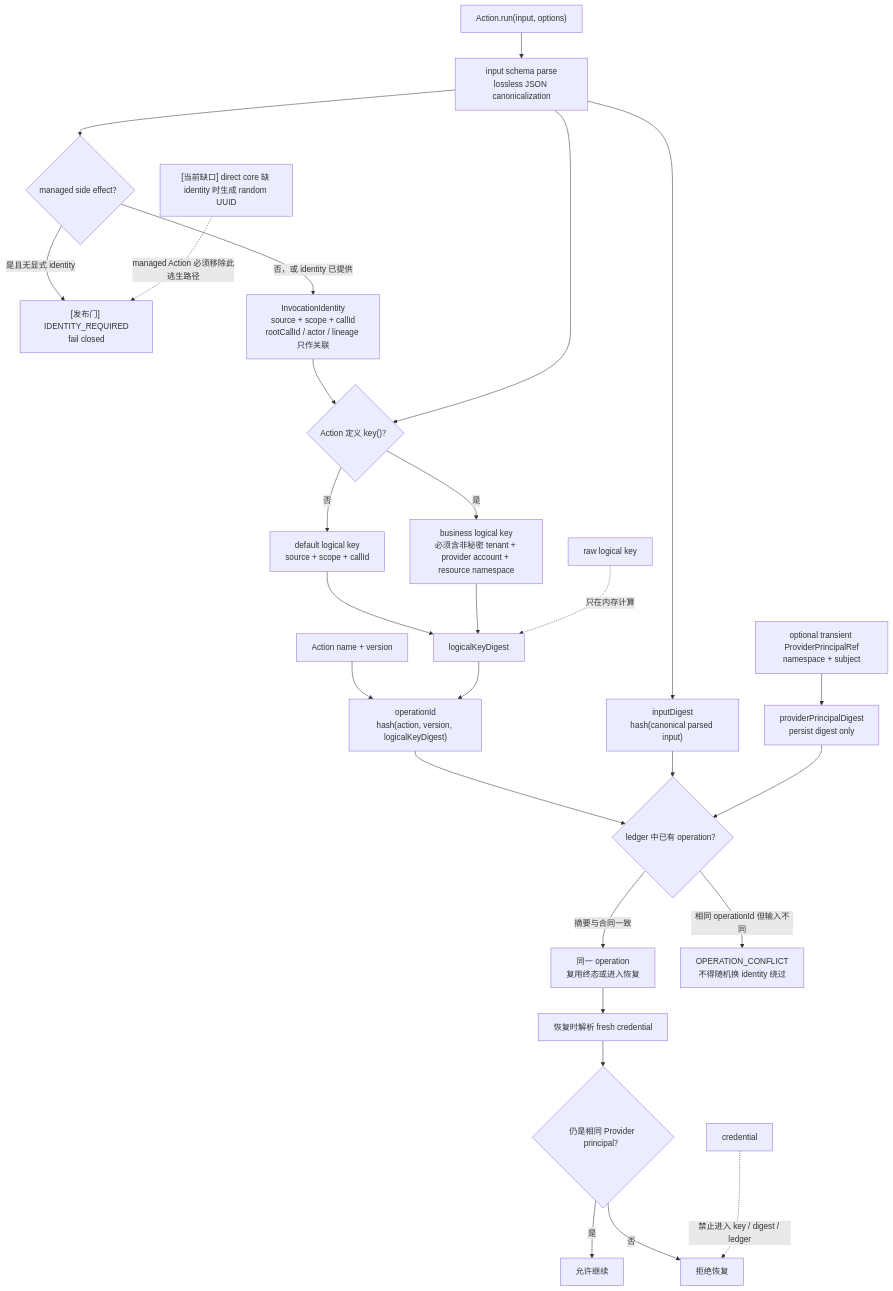
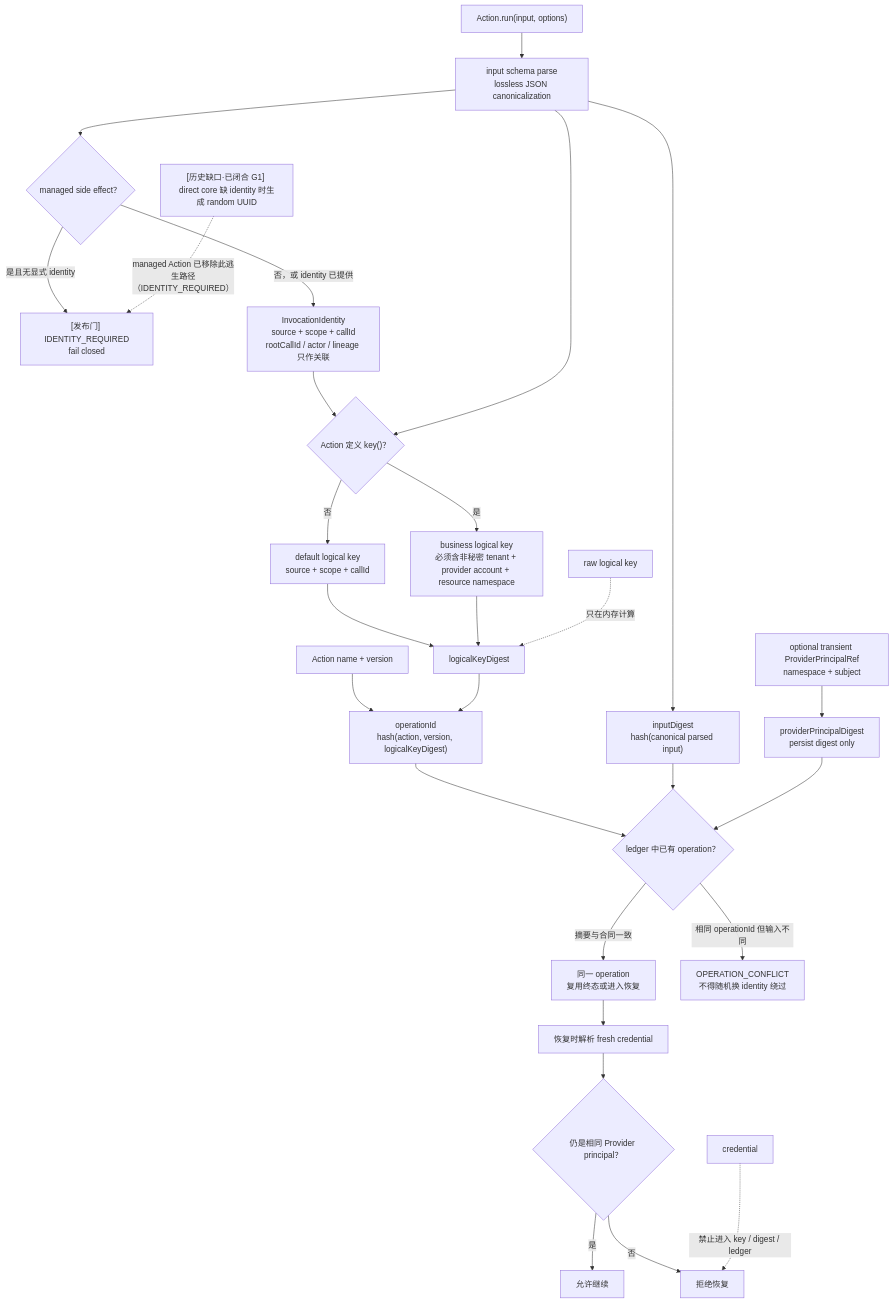
Before and after one commit to orangeofcarl0-sys/ordarium: diagram 12 of 41 in docs/16-ordarium-mermaid-architecture-atlas.md, drawn with Mermaid. The commit also changed other lines of this file and 15 other files, not shown here.

````diff
--- a/docs/16-ordarium-mermaid-architecture-atlas.md
+++ b/docs/16-ordarium-mermaid-architecture-atlas.md
@@ -541,33 +541,33 @@
 ```mermaid
 flowchart TD
     ENTRY["Action.run(input, options)"] --> PARSE["input schema parse<br/>lossless JSON canonicalization"]
     PARSE --> MANAGED{"managed side effect？"}
     MANAGED -->|"是且无显式 identity"| REQUIRED["[发布门] IDENTITY_REQUIRED<br/>fail closed"]
     MANAGED -->|"否，或 identity 已提供"| ID["InvocationIdentity<br/>source + scope + callId<br/>rootCallId / actor / lineage 只作关联"]
 
     ID --> CUSTOM{"Action 定义 key()？"}
     PARSE --> CUSTOM
     CUSTOM -->|"否"| DEFAULT["default logical key<br/>source + scope + callId"]
     CUSTOM -->|"是"| BUSINESS["business logical key<br/>必须含非秘密 tenant + provider account + resource namespace"]
     DEFAULT --> KEYDIGEST["logicalKeyDigest"]
     BUSINESS --> KEYDIGEST
 
     ACTION["Action name + version"] --> OPID["operationId<br/>hash(action, version, logicalKeyDigest)"]
     KEYDIGEST --> OPID
     PARSE --> INPUTDIGEST["inputDigest<br/>hash(canonical parsed input)"]
     PRINCIPAL_REF["optional transient ProviderPrincipalRef<br/>namespace + subject"] --> PRINCIPAL_DIGEST["providerPrincipalDigest<br/>persist digest only"]
     OPID --> LOOKUP{"ledger 中已有 operation？"}
     INPUTDIGEST --> LOOKUP
     PRINCIPAL_DIGEST --> LOOKUP
     LOOKUP -->|"摘要与合同一致"| SAME["同一 operation<br/>复用终态或进入恢复"]
     LOOKUP -->|"相同 operationId 但输入不同"| CONFLICT["OPERATION_CONFLICT<br/>不得随机换 identity 绕过"]
 
     SAME --> RECOVERY_CRED["恢复时解析 fresh credential"]
     RECOVERY_CRED --> PRINCIPAL{"仍是相同 Provider principal？"}
     PRINCIPAL -->|"是"| CONTINUE["允许继续"]
     PRINCIPAL -->|"否"| STOP["拒绝恢复"]
 
     RAWKEY["raw logical key"] -.->|"只在内存计算"| KEYDIGEST
     CREDENTIAL["credential"] -.->|"禁止进入 key / digest / ledger"| STOP
-    CURRENT_RANDOM["[当前缺口] direct core 缺 identity 时生成 random UUID"] -.->|"managed Action 必须移除此逃生路径"| REQUIRED
+    CURRENT_RANDOM["[历史缺口·已闭合 G1] direct core 缺 identity 时生成 random UUID"] -.->|"managed Action 已移除此逃生路径（IDENTITY_REQUIRED）"| REQUIRED
 ```
````
